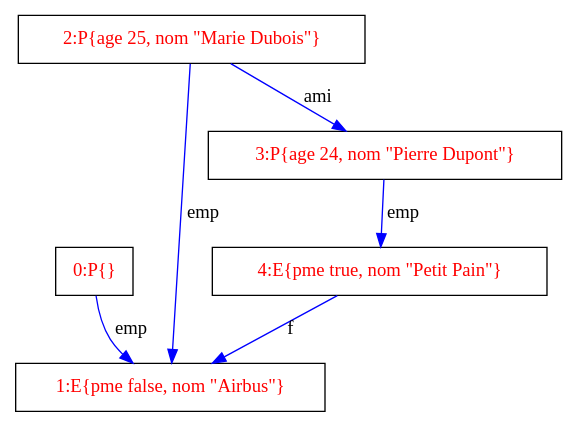
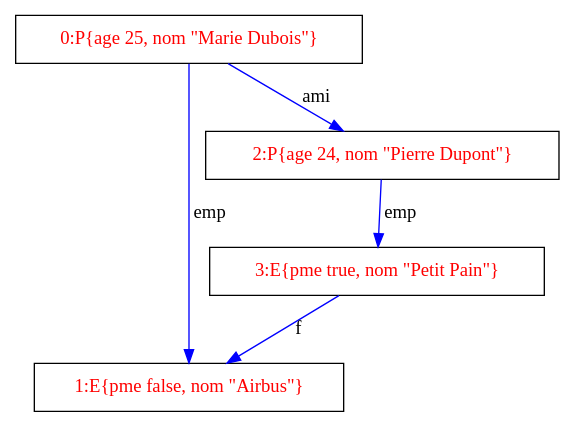
One commit to AziGod/TypePreuveProjet changed the diagram in graph.dot. Above: the diagram before and after it, drawn with Graphviz. The commit also changed 128 other files, not shown here.

```diff
--- a/graph.dot
+++ b/graph.dot
@@ -1,18 +1,16 @@
 digraph G {
-  0 [label="0:P{}", shape=box, fontcolor="#FF0000", ];
+  0 [label="0:P{age 25, nom \"Marie Dubois\"}", shape=box,
+     fontcolor="#FF0000", ];
   1 [label="1:E{pme false, nom \"Airbus\"}", shape=box, fontcolor="#FF0000", ];
-  2 [label="2:P{age 25, nom \"Marie Dubois\"}", shape=box,
+  2 [label="2:P{age 24, nom \"Pierre Dupont\"}", shape=box,
      fontcolor="#FF0000", ];
-  3 [label="3:P{age 24, nom \"Pierre Dupont\"}", shape=box,
-     fontcolor="#FF0000", ];
-  4 [label="4:E{pme true, nom \"Petit Pain\"}", shape=box,
+  3 [label="3:E{pme true, nom \"Petit Pain\"}", shape=box,
      fontcolor="#FF0000", ];
   
   
   0 -> 1 [color="#0000FF", label="emp", ];
-  2 -> 1 [color="#0000FF", label="emp", ];
-  2 -> 3 [color="#0000FF", label="ami", ];
-  3 -> 4 [color="#0000FF", label="emp", ];
-  4 -> 1 [color="#0000FF", label="f", ];
+  0 -> 2 [color="#0000FF", label="ami", ];
+  2 -> 3 [color="#0000FF", label="emp", ];
+  3 -> 1 [color="#0000FF", label="f", ];
   
   }
```
